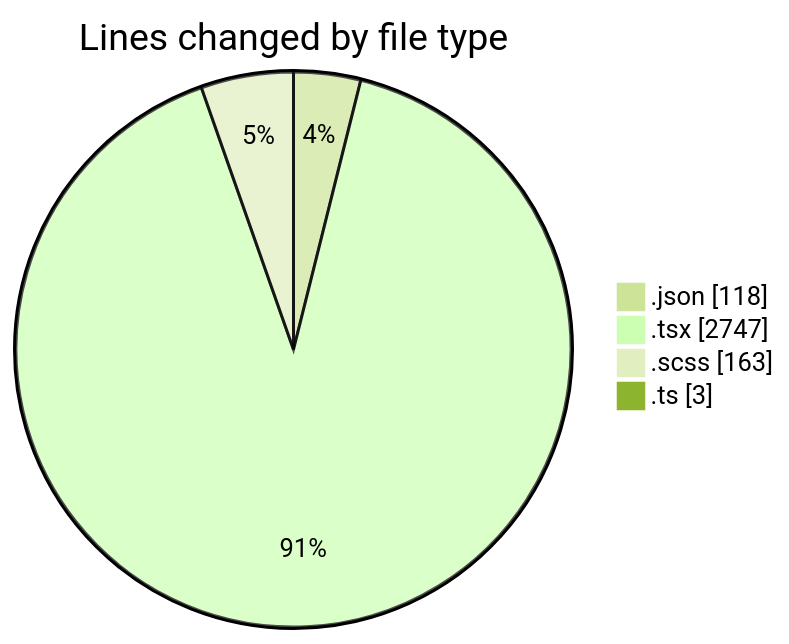
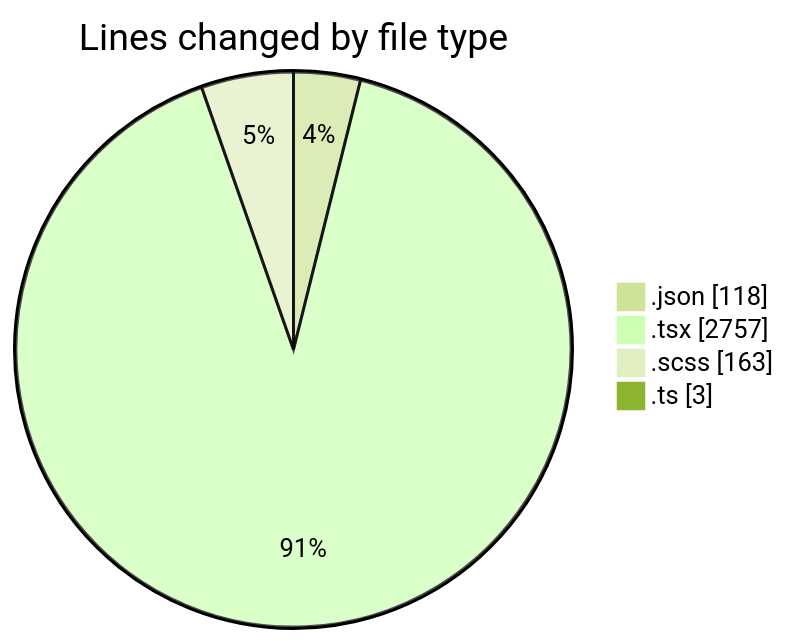
The first of 2 diagrams in 2025-11-19/cda/README.md (momahboobian/code-tracking), drawn with Mermaid (forest theme) before and after one commit. The commit also changed other lines of this file and 1 other file, not shown here.

````diff
--- a/2025-11-19/cda/README.md
+++ b/2025-11-19/cda/README.md
@@ -28,8 +28,8 @@
 ```mermaid
 pie showData
 title Lines changed by file type
 ".json" : 118
-".tsx" : 2747
+".tsx" : 2757
 ".scss" : 163
 ".ts" : 3
 ```
````
